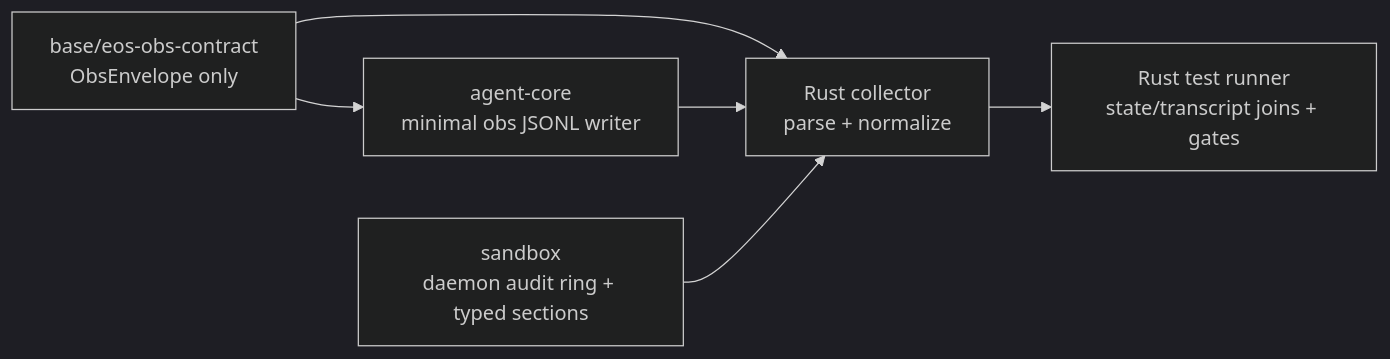
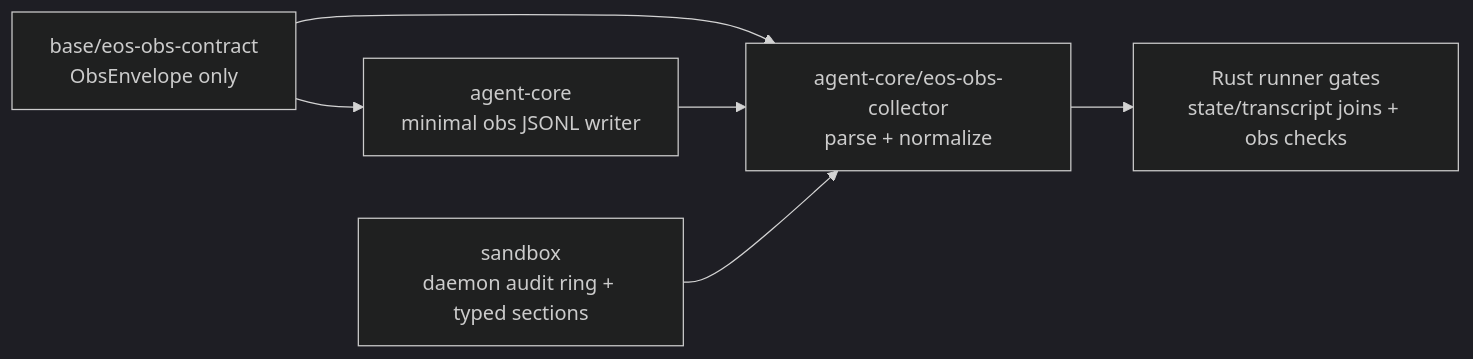
One commit to Ephemeral-AI-Lab/ephemeral-os changed the first of 3 diagrams in docs/plans/audit_observability_test_consumption_PLAN.md. Above: the diagram before and after it, drawn with Mermaid (dark theme). The commit also changed other lines of this file and 63 other files, not shown here.

Commit message:
Add Rust audit observability gates

````diff
--- a/docs/plans/audit_observability_test_consumption_PLAN.md
+++ b/docs/plans/audit_observability_test_consumption_PLAN.md
@@ -68,14 +69,14 @@
 ```mermaid
 flowchart LR
   Contract["base/eos-obs-contract\nObsEnvelope only"]
   AgentCore["agent-core\nminimal obs JSONL writer"]
   Sandbox["sandbox\ndaemon audit ring + typed sections"]
-  Collector["Rust collector\nparse + normalize"]
-  Runner["Rust test runner\nstate/transcript joins + gates"]
+  Collector["agent-core/eos-obs-collector\nparse + normalize"]
+  Runner["Rust runner gates\nstate/transcript joins + obs checks"]
 
   Contract --> AgentCore
   Contract --> Collector
   AgentCore --> Collector
   Sandbox --> Collector
   Collector --> Runner
 ```
````
